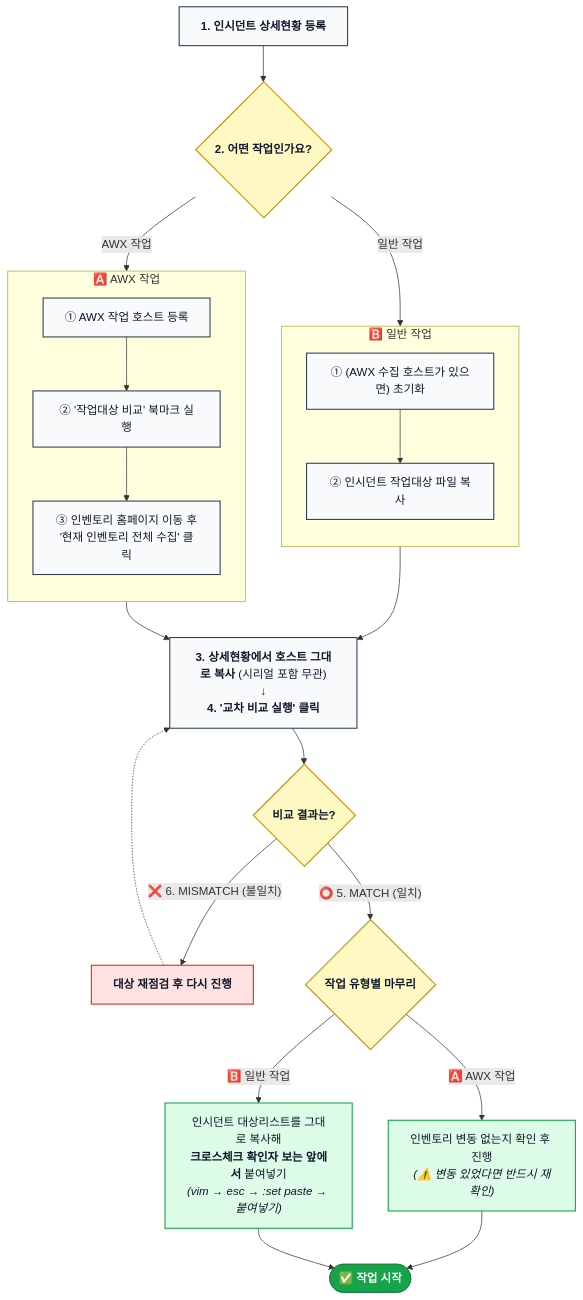
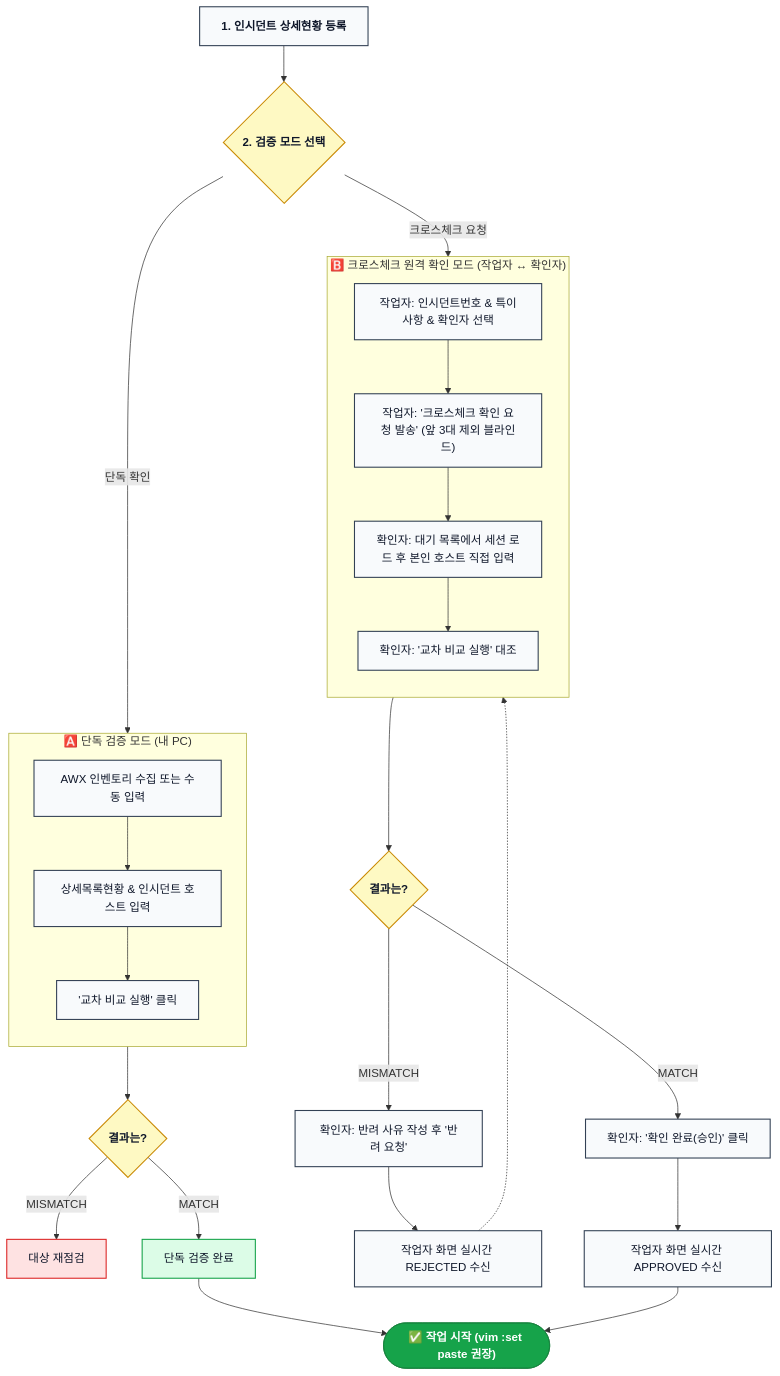
The diagram in README.md (qazx2675/myrepo), drawn with Mermaid before and after one commit. The commit also changed other lines of this file and 14 other files, not shown here.

Commit message:
feat: 크로스체크 확인자 연동 기능 추가 및 전체 24개 테스트케이스 원테이크(One-Take) 통과 검증 완료

````diff
--- a/README.md
+++ b/README.md
@@ -53,56 +86,54 @@
 ```mermaid
 flowchart TD
-    S["<b>1. 인시던트 상세현황 등록</b>"] --> TYPE{"<b>2. 어떤 작업인가요?</b>"}
+    S["<b>1. 인시던트 상세현황 등록</b>"] --> MODE{"<b>2. 검증 모드 선택</b>"}
 
-    %% AWX 작업 경로 (왼쪽)
-    subgraph AWX ["🅰️ AWX 작업"]
+    %% 단독 모드
+    subgraph SINGLE ["🅰️ 단독 검증 모드 (내 PC)"]
         direction TB
-        A1["① AWX 작업 호스트 등록"]
-        A2["② '작업대상 비교' 북마크 실행"]
-        A3["③ 인벤토리 홈페이지 이동 후<br/>'현재 인벤토리 전체 수집' 클릭"]
-        A1 --> A2 --> A3
+        S1["AWX 인벤토리 수집 또는 수동 입력"]
+        S2["상세목록현황 & 인시던트 호스트 입력"]
+        S3["'교차 비교 실행' 클릭"]
+        S1 --> S2 --> S3
     end
 
-    %% 일반 작업 경로 (오른쪽)
-    subgraph GEN ["🅱️ 일반 작업"]
+    %% 크로스체크 모드
+    subgraph CROSS ["🅱️ 크로스체크 원격 확인 모드 (작업자 ↔ 확인자)"]
         direction TB
-        B1["① (AWX 수집 호스트가 있으면) 초기화"]
-        B2["② 인시던트 작업대상 파일 복사"]
-        B1 --> B2
+        C1["작업자: 인시던트번호 & 특이사항 & 확인자 선택"]
+        C2["작업자: '크로스체크 확인 요청 발송' (앞 3대 제외 블라인드)"]
+        C3["확인자: 대기 목록에서 세션 로드 후 본인 호스트 직접 입력"]
+        C4["확인자: '교차 비교 실행' 대조"]
+        C1 --> C2 --> C3 --> C4
     end
 
-    TYPE -->|"AWX 작업"| A1
-    TYPE -->|"일반 작업"| B1
+    MODE -->|"단독 확인"| S1
+    MODE -->|"크로스체크 요청"| C1
 
-    %% 공통 단계
-    A3 --> COMMON
-    B2 --> COMMON
+    S3 --> RES1{"<b>결과는?</b>"}
+    C4 --> RES2{"<b>결과는?</b>"}
 
-    COMMON["<b>3. 상세현황에서 호스트 그대로 복사</b> (시리얼 포함 무관)<br/>↓<br/><b>4. '교차 비교 실행' 클릭</b>"]
-    COMMON --> RES{"<b>비교 결과는?</b>"}
+    RES1 -->|"MISMATCH"| RETRY1["대상 재점검"]
+    RES1 -->|"MATCH"| OK1["단독 검증 완료"]
 
-    %% MISMATCH
-    RES -->|"❌ 6. MISMATCH (불일치)"| RETRY["<b>대상 재점검 후 다시 진행</b>"]
-    RETRY -.-> COMMON
+    RES2 -->|"MISMATCH"| REJECT["확인자: 반려 사유 작성 후 '반려 요청'"]
+    REJECT --> W_NOTIFY["작업자 화면 실시간 REJECTED 수신"]
+    W_NOTIFY -.-> C1
 
-    %% MATCH
-    RES -->|"⭕ 5. MATCH (일치)"| AFTER{"<b>작업 유형별 마무리</b>"}
+    RES2 -->|"MATCH"| APPROVE["확인자: '확인 완료(승인)' 클릭"]
+    APPROVE --> W_APPROVE["작업자 화면 실시간 APPROVED 수신"]
 
-    AFTER -->|"🅰️ AWX 작업"| AWX_END["인벤토리 변동 없는지 확인 후 진행<br/><i>(⚠️ 변동 있었다면 반드시 재확인)</i>"]
-    AFTER -->|"🅱️ 일반 작업"| GEN_END["인시던트 대상리스트를 그대로 복사해<br/><b>크로스체크 확인자 보는 앞에서</b> 붙여넣기<br/><i>(vim → esc → :set paste → 붙여넣기)</i>"]
-
-    AWX_END --> DONE(["<b>✅ 작업 시작</b>"])
-    GEN_END --> DONE
+    OK1 --> DONE(["<b>✅ 작업 시작 (vim :set paste 권장)</b>"])
+    W_APPROVE --> DONE
 
     classDef step fill:#f8fafc,stroke:#334155,stroke-width:1.5px,color:#0f172a
     classDef point fill:#fef9c3,stroke:#ca8a04,stroke-width:1.5px,color:#0f172a
     classDef match fill:#dcfce7,stroke:#16a34a,stroke-width:1.5px,color:#0f172a
     classDef mismatch fill:#fee2e2,stroke:#dc2626,stroke-width:1.5px,color:#0f172a
     classDef done fill:#16a34a,stroke:#15803d,color:#ffffff
 
-    class S,A1,A2,A3,B1,B2,COMMON step
-    class TYPE,RES,AFTER point
-    class AWX_END,GEN_END match
-    class RETRY mismatch
+    class S,S1,S2,S3,C1,C2,C3,C4,REJECT,W_NOTIFY,APPROVE,W_APPROVE step
+    class MODE,RES1,RES2 point
+    class OK1 match
+    class RETRY1 mismatch
     class DONE done
 ```
````
